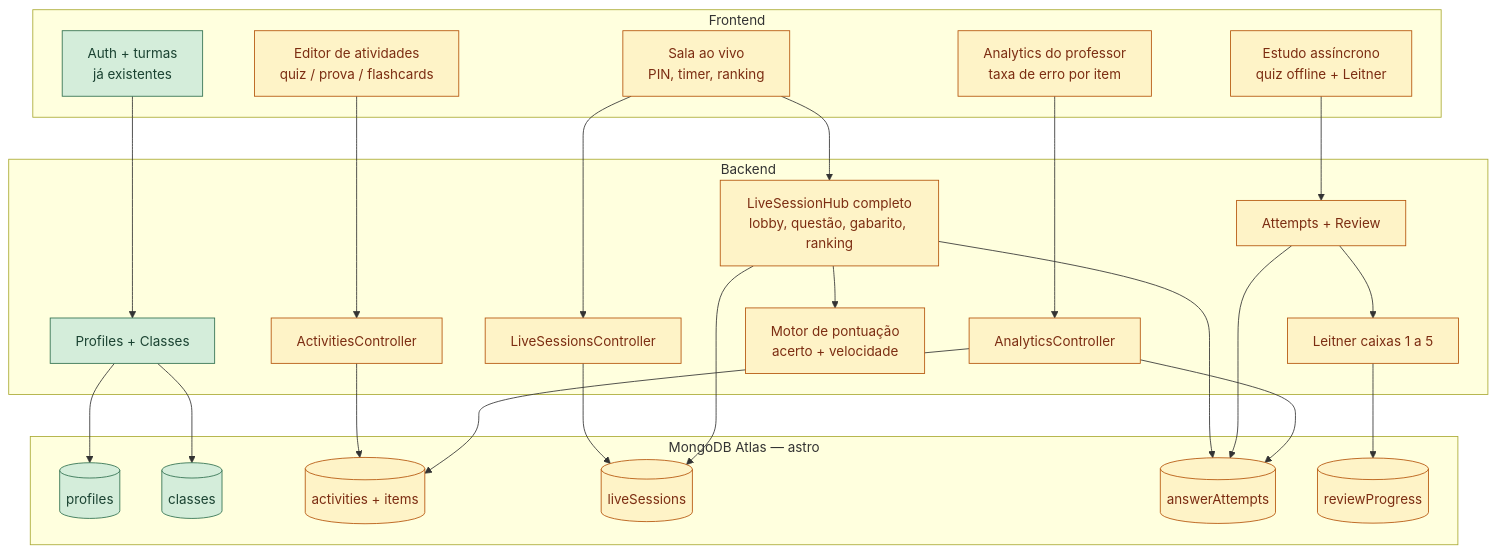
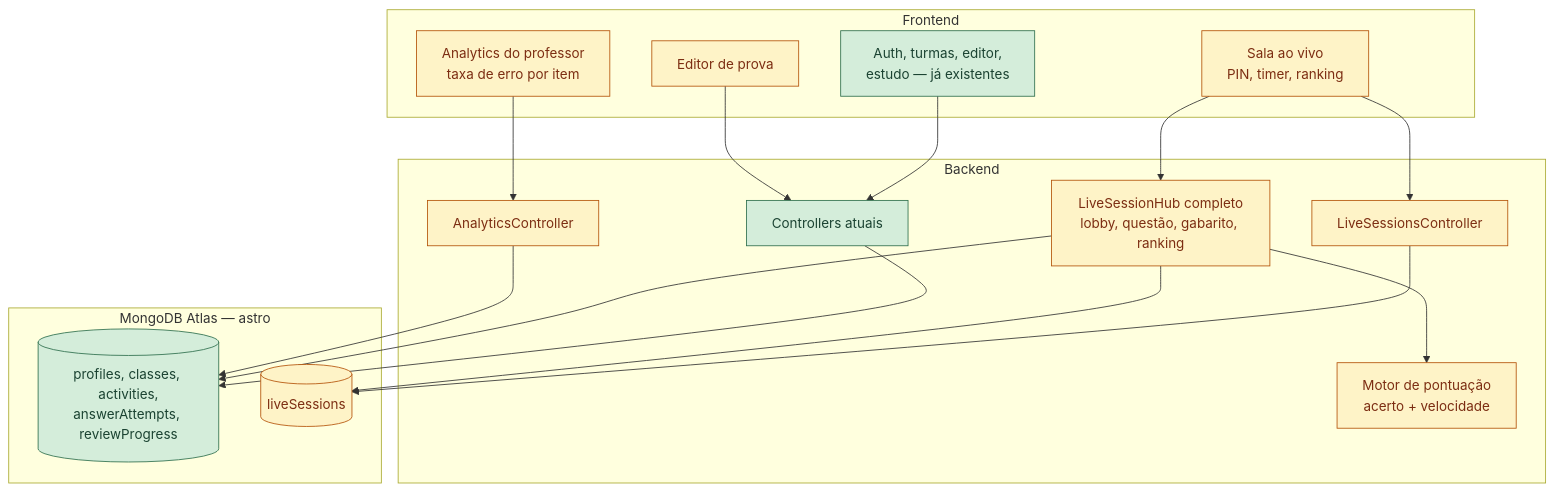
Before and after one commit to brenorosa10/Projeto_TCC: the seventh of 9 diagrams in docs/diagrama-arquitetura.md, drawn with Mermaid. The commit also changed other lines of this file and 31 other files, not shown here.

````diff
--- a/docs/diagrama-arquitetura.md
+++ b/docs/diagrama-arquitetura.md
@@ -189,54 +284,39 @@
 ```mermaid
 flowchart TB
   subgraph FrontendFuturo["Frontend"]
-    FEA[Auth + turmas<br/>já existentes]
-    ACTUI[Editor de atividades<br/>quiz / prova / flashcards]
+    FEA[Auth, turmas, editor,<br/>estudo — já existentes]
     LIVEUI[Sala ao vivo<br/>PIN, timer, ranking]
-    STUDYUI[Estudo assíncrono<br/>quiz offline + Leitner]
     ANUI[Analytics do professor<br/>taxa de erro por item]
+    PROVA[Editor de prova]
   end
 
   subgraph BackendFuturo["Backend"]
-    REST1[Profiles + Classes]
-    REST2[ActivitiesController]
+    REST1[Controllers atuais]
     REST3[LiveSessionsController]
-    REST4[Attempts + Review]
     REST5[AnalyticsController]
     HUB2[LiveSessionHub completo<br/>lobby, questão, gabarito, ranking]
     SCORE[Motor de pontuação<br/>acerto + velocidade]
-    LEIT[Leitner caixas 1 a 5]
   end
 
   subgraph Dados["MongoDB Atlas — astro"]
-    D1[("profiles")]
-    D2[("classes")]
-    D3[("activities + items")]
+    DNOW[("profiles, classes, activities,<br/>answerAttempts, reviewProgress")]
     D4[("liveSessions")]
-    D5[("answerAttempts")]
-    D6[("reviewProgress")]
   end
 
   FEA --> REST1
-  ACTUI --> REST2
   LIVEUI --> REST3
   LIVEUI --> HUB2
-  STUDYUI --> REST4
   ANUI --> REST5
-  REST1 --> D1
-  REST1 --> D2
-  REST2 --> D3
+  PROVA --> REST1
+  REST1 --> DNOW
   REST3 --> D4
   HUB2 --> SCORE
   HUB2 --> D4
-  HUB2 --> D5
-  REST4 --> D5
-  REST4 --> LEIT
-  LEIT --> D6
-  REST5 --> D5
-  REST5 --> D3
+  HUB2 --> DNOW
+  REST5 --> DNOW
 
   classDef atual fill:#d4edda,stroke:#2f6f4e,color:#1b4332
   classDef futuro fill:#fef3c7,stroke:#b45309,color:#7c2d12
-  class FEA,REST1,D1,D2 atual
-  class ACTUI,LIVEUI,STUDYUI,ANUI,REST2,REST3,REST4,REST5,HUB2,SCORE,LEIT,D3,D4,D5,D6 futuro
+  class FEA,REST1,DNOW atual
+  class LIVEUI,ANUI,PROVA,REST3,REST5,HUB2,SCORE,D4 futuro
 ```
````
